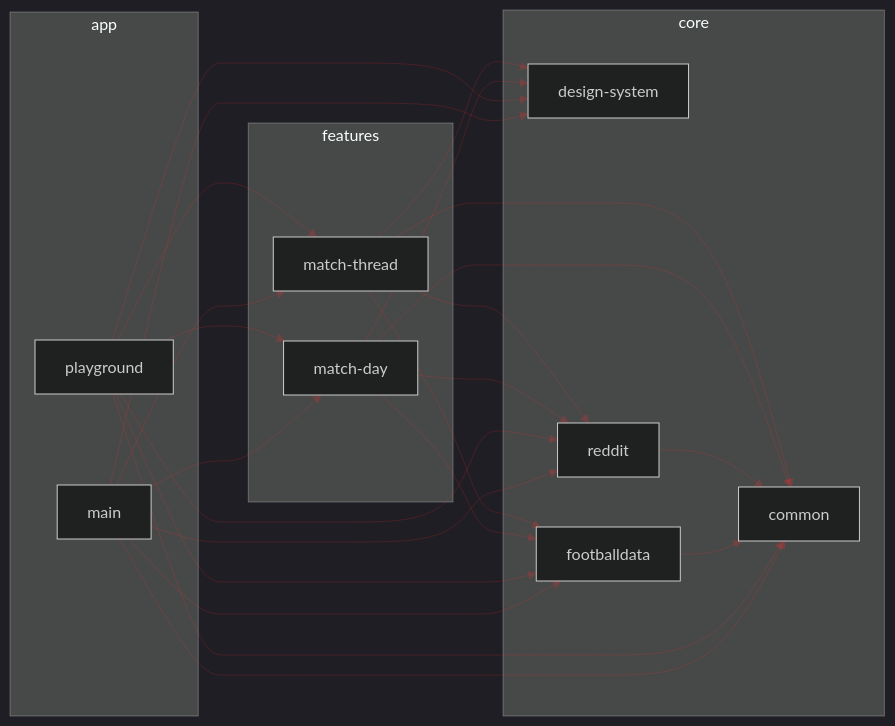
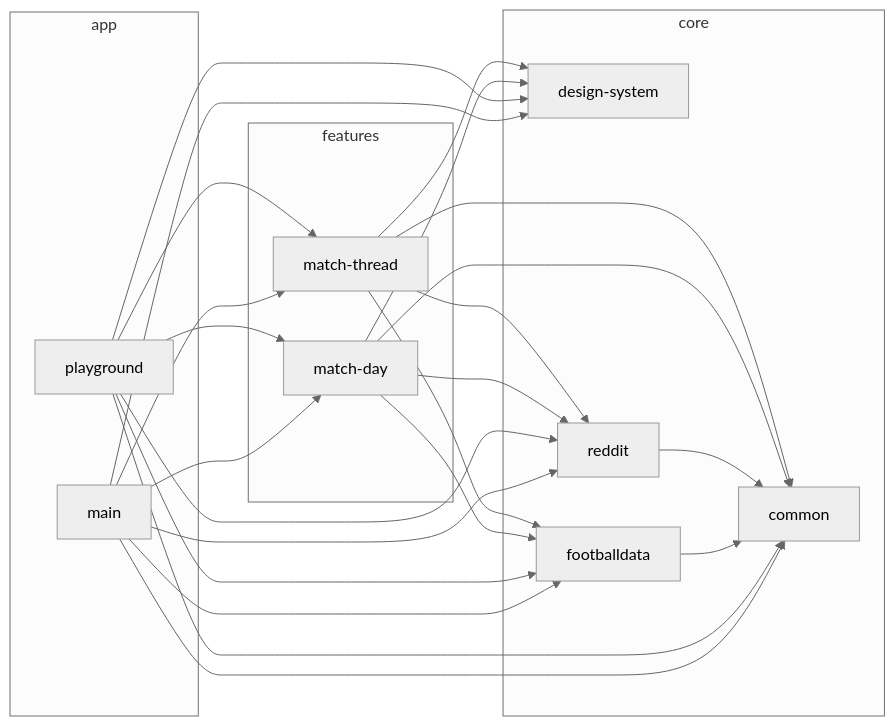
One commit to iurysza/module-graph changed the diagram in README.md. Above: the diagram before and after it, drawn with Mermaid. The commit also changed other lines of this file and 7 other files, not shown here.

````diff
--- a/README.md
+++ b/README.md
@@ -119,53 +122,45 @@
 ```mermaid
 %%{
   init: {
-    'theme': 'dark',
-    'themeVariables': {
-      'primaryColor': '#C4C7B300',
-      'primaryTextColor': '#fff',
-      'primaryBorderColor': '#7C0000',
-      'lineColor': '#FF2F2F2F',
-      'secondaryColor': '#006100',
-      'tertiaryColor': '#fff'
-    }
+    'theme': 'neutral'
   }
 }%%
 
 graph LR
   subgraph app
     main
     playground
   end
   subgraph core
     common
     design-system
     footballdata
     reddit
   end
   subgraph features
     match-day
     match-thread
   end
   main --> match-thread
   main --> match-day
   main --> footballdata
   main --> reddit
   main --> design-system
   main --> common
   playground --> match-thread
   playground --> match-day
   playground --> footballdata
   playground --> reddit
   playground --> design-system
   playground --> common
   footballdata --> common
   reddit --> common
   match-day --> common
   match-day --> footballdata
   match-day --> design-system
   match-day --> reddit
   match-thread --> common
   match-thread --> footballdata
   match-thread --> design-system
   match-thread --> reddit
 ```
````
